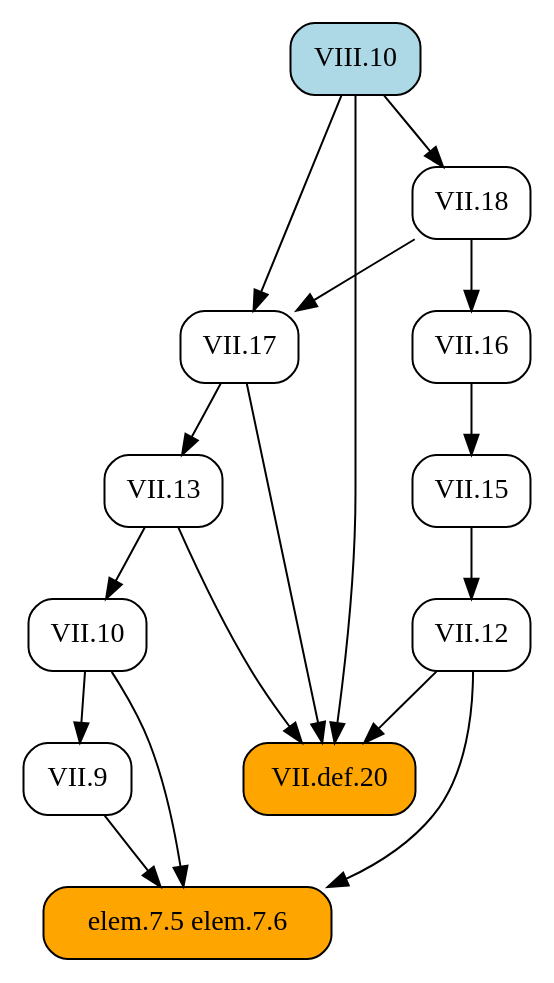
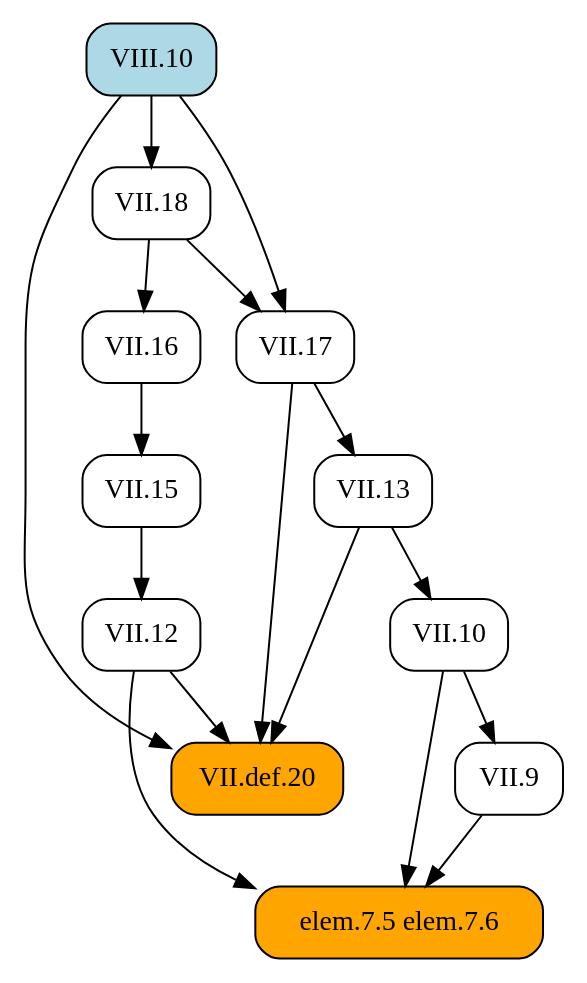
One commit to geometor/elements changed the diagram in docsrc/heath/VIII/10/index.rst. Above: the diagram before and after it, drawn with Graphviz. The commit also changed other lines of this file and 1029 other files, not shown here.

```diff
--- a/docsrc/heath/VIII/10/index.rst
+++ b/docsrc/heath/VIII/10/index.rst
@@ -74,33 +74,33 @@
 .. graphviz::
 
    digraph {
      rankdir="TB";
      node [shape=box, style=rounded];
+     "elem.7.5 elem.7.6" [style="rounded,filled", fillcolor=orange];
+     "VII.10" [URL="/heath/VII/10/", target="_top"];
+     "VII.9" [URL="/heath/VII/9/", target="_top"];
+     "VII.18" [URL="/heath/VII/18/", target="_top"];
+     "VII.13" [URL="/heath/VII/13/", target="_top"];
+     "VII.16" [URL="/heath/VII/16/", target="_top"];
+     "VII.12" [URL="/heath/VII/12/", target="_top"];
      "VII.15" [URL="/heath/VII/15/", target="_top"];
-     "VII.12" [URL="/heath/VII/12/", target="_top"];
-     "VII.9" [URL="/heath/VII/9/", target="_top"];
+     "VIII.10" [style="rounded,filled", fillcolor=lightblue, URL="/heath/VIII/10/", target="_top"];
      "VII.def.20" [style="rounded,filled", fillcolor=orange, URL="/heath/VII/def.20/", target="_top"];
-     "elem.7.5 elem.7.6" [style="rounded,filled", fillcolor=orange];
-     "VII.16" [URL="/heath/VII/16/", target="_top"];
-     "VII.13" [URL="/heath/VII/13/", target="_top"];
-     "VII.10" [URL="/heath/VII/10/", target="_top"];
-     "VII.18" [URL="/heath/VII/18/", target="_top"];
-     "VIII.10" [style="rounded,filled", fillcolor=lightblue, URL="/heath/VIII/10/", target="_top"];
      "VII.17" [URL="/heath/VII/17/", target="_top"];
+     "VII.9" -> "elem.7.5 elem.7.6";
+     "VII.10" -> "elem.7.5 elem.7.6";
+     "VII.12" -> "elem.7.5 elem.7.6";
+     "VII.13" -> "VII.10";
+     "VII.10" -> "VII.9";
+     "VIII.10" -> "VII.18";
+     "VII.17" -> "VII.13";
+     "VII.18" -> "VII.16";
+     "VII.15" -> "VII.12";
      "VII.16" -> "VII.15";
-     "VII.15" -> "VII.12";
-     "VII.10" -> "VII.9";
      "VII.12" -> "VII.def.20";
      "VII.13" -> "VII.def.20";
      "VII.17" -> "VII.def.20";
      "VIII.10" -> "VII.def.20";
-     "VII.9" -> "elem.7.5 elem.7.6";
-     "VII.10" -> "elem.7.5 elem.7.6";
-     "VII.12" -> "elem.7.5 elem.7.6";
-     "VII.18" -> "VII.16";
-     "VII.17" -> "VII.13";
-     "VII.13" -> "VII.10";
-     "VIII.10" -> "VII.18";
      "VII.18" -> "VII.17";
      "VIII.10" -> "VII.17";
    }
```
